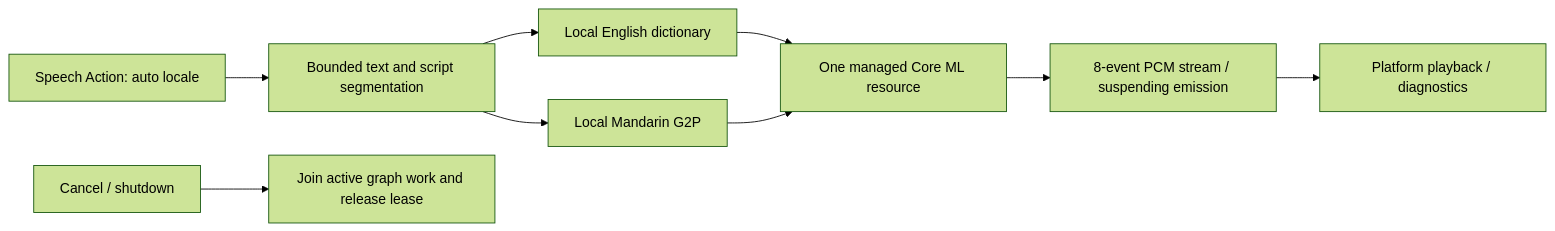
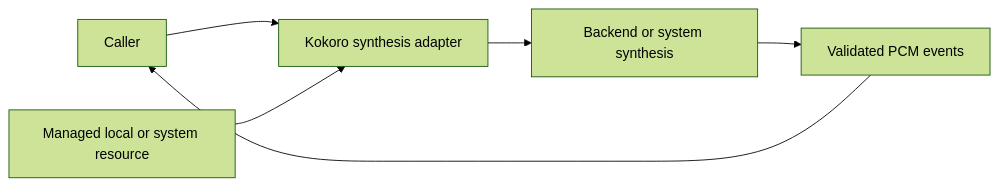
Before and after one commit to devilyouwei/MobileHarness: the diagram in MobileHarness/ModelKit/Speech/TTS/Kokoro/README.md, drawn with Mermaid (forest theme). The commit also changed other lines of this file and 116 other files, not shown here.

````diff
--- a/MobileHarness/ModelKit/Speech/TTS/Kokoro/README.md
+++ b/MobileHarness/ModelKit/Speech/TTS/Kokoro/README.md
@@ -18,11 +15,8 @@
 ```mermaid
 flowchart LR
-    Action[Speech Action: auto locale] --> Validate[Bounded text and script segmentation]
-    Validate --> English[Local English dictionary]
-    Validate --> Mandarin[Local Mandarin G2P]
-    English --> Resource[One managed Core ML resource]
-    Mandarin --> Resource
-    Resource --> PCM[8-event PCM stream / suspending emission]
-    PCM --> Play[Platform playback / diagnostics]
-    Cancel[Cancel / shutdown] --> Join[Join active graph work and release lease]
+ Caller --> Adapter[Kokoro synthesis adapter]
+ Resource[Managed local or system resource] --> Adapter
+ Adapter --> Native[Backend or system synthesis]
+ Native --> PCM[Validated PCM events]
+ PCM --> Caller
 ```
````
